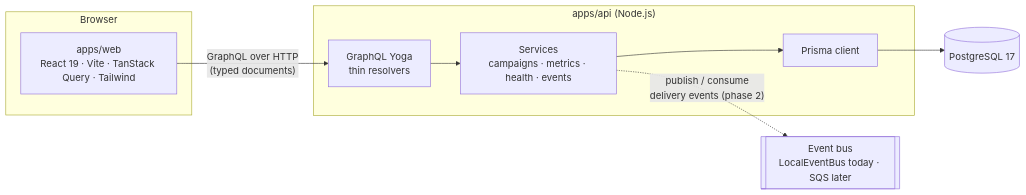
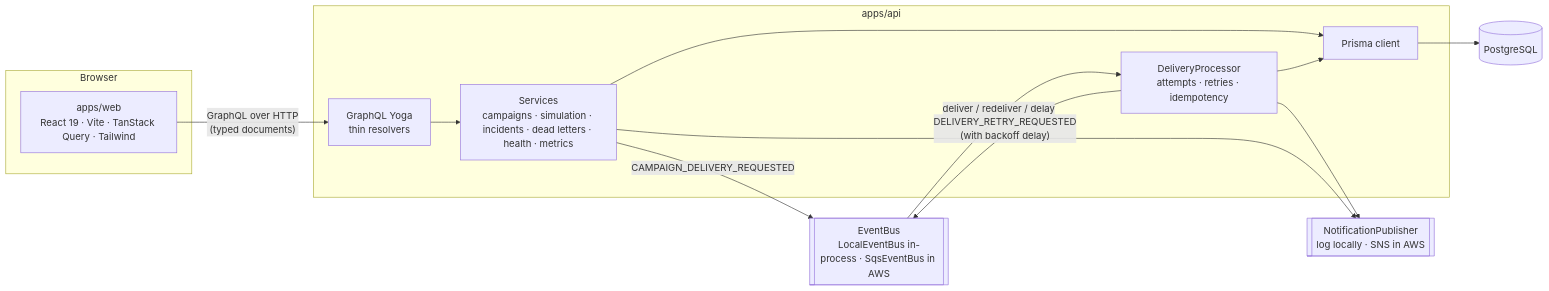
Before and after one commit to shekar987/CampaignPulse: the first of 3 diagrams in docs/architecture.md, drawn with Mermaid. The commit also changed other lines of this file and 4 other files, not shown here.

Commit message:
docs: describe the delivery pipeline, AWS architecture and new decisions

````diff
--- a/docs/architecture.md
+++ b/docs/architecture.md
@@ -8,20 +10,26 @@
 ```mermaid
 flowchart LR
   subgraph Browser
     web[apps/web<br/>React 19 · Vite · TanStack Query · Tailwind]
   end
 
-  subgraph API["apps/api (Node.js)"]
+  subgraph API["apps/api"]
     yoga[GraphQL Yoga<br/>thin resolvers]
-    services[Services<br/>campaigns · metrics · health · events]
+    services[Services<br/>campaigns · simulation · incidents · dead letters · health · metrics]
+    processor[DeliveryProcessor<br/>attempts · retries · idempotency]
     prisma[Prisma client]
     yoga --> services --> prisma
+    processor --> prisma
   end
 
-  db[(PostgreSQL 17)]
-  bus[[Event bus<br/>LocalEventBus today · SQS later]]
+  bus[[EventBus<br/>LocalEventBus in-process · SqsEventBus in AWS]]
+  notify[[NotificationPublisher<br/>log locally · SNS in AWS]]
+  db[(PostgreSQL)]
 
   web -- "GraphQL over HTTP<br/>(typed documents)" --> yoga
+  services -- "CAMPAIGN_DELIVERY_REQUESTED" --> bus
+  bus -- "deliver / redeliver / delay" --> processor
+  processor -- "DELIVERY_RETRY_REQUESTED<br/>(with backoff delay)" --> bus
+  processor & services --> notify
   prisma --> db
-  services -. "publish / consume<br/>delivery events (phase 2)" .-> bus
 ```
````
